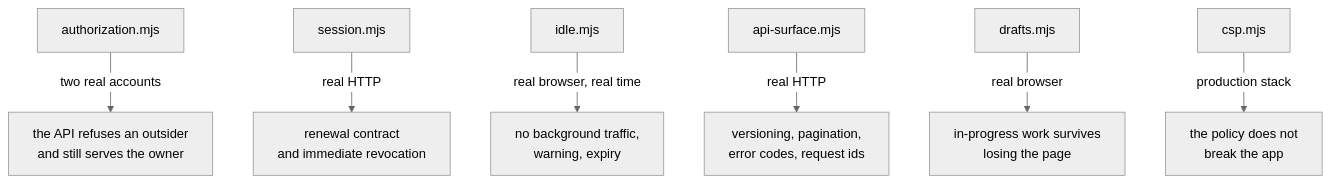
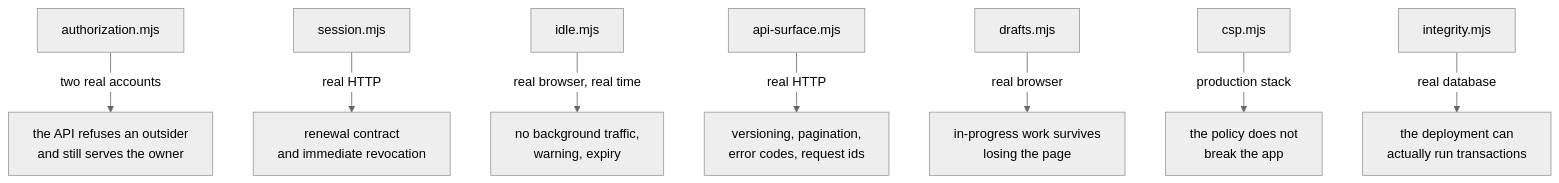
Before and after one commit to kfeuerschvenger/BreezyBoard: the diagram in e2e/verify/README.md, drawn with Mermaid (neutral theme). The commit also changed other lines of this file and 8 other files, not shown here.

````diff
--- a/e2e/verify/README.md
+++ b/e2e/verify/README.md
@@ -31,9 +32,10 @@
 ```mermaid
 graph TD
   A[authorization.mjs] -->|two real accounts| B[the API refuses an outsider<br/>and still serves the owner]
   C[session.mjs] -->|real HTTP| D[renewal contract<br/>and immediate revocation]
   E[idle.mjs] -->|real browser, real time| F[no background traffic,<br/>warning, expiry]
   G[api-surface.mjs] -->|real HTTP| H[versioning, pagination,<br/>error codes, request ids]
   I[drafts.mjs] -->|real browser| J[in-progress work survives<br/>losing the page]
   K[csp.mjs] -->|production stack| L[the policy does not<br/>break the app]
+  M[integrity.mjs] -->|real database| N[the deployment can<br/>actually run transactions]
 ```
````
